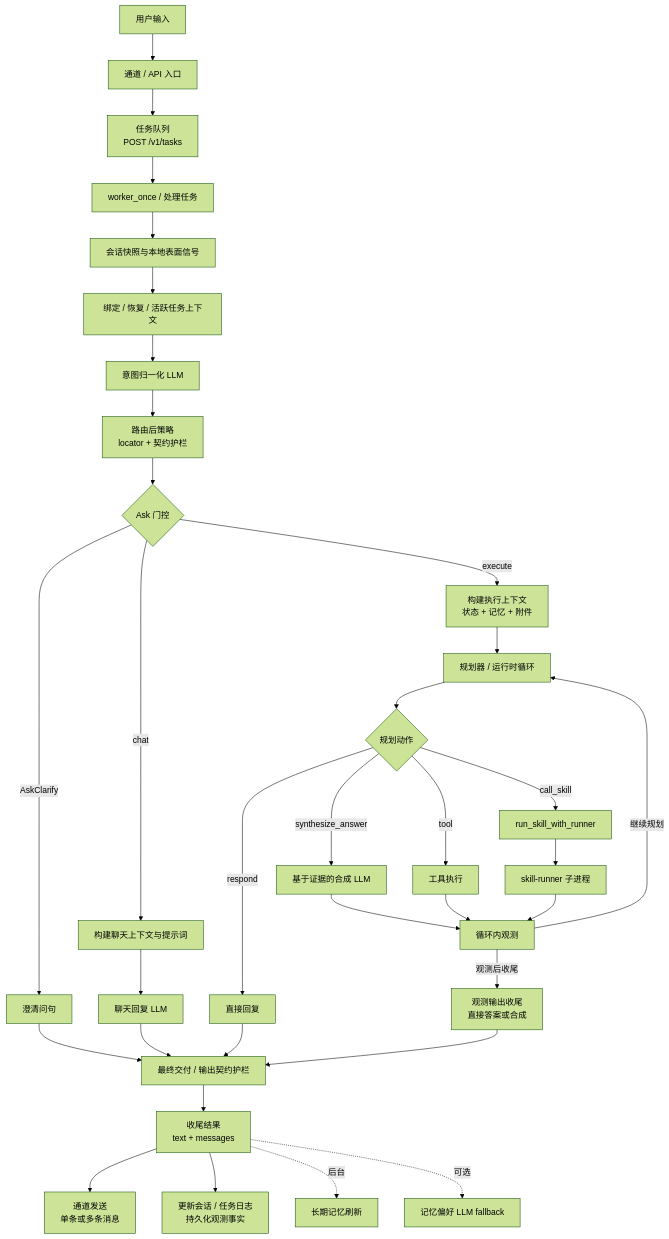
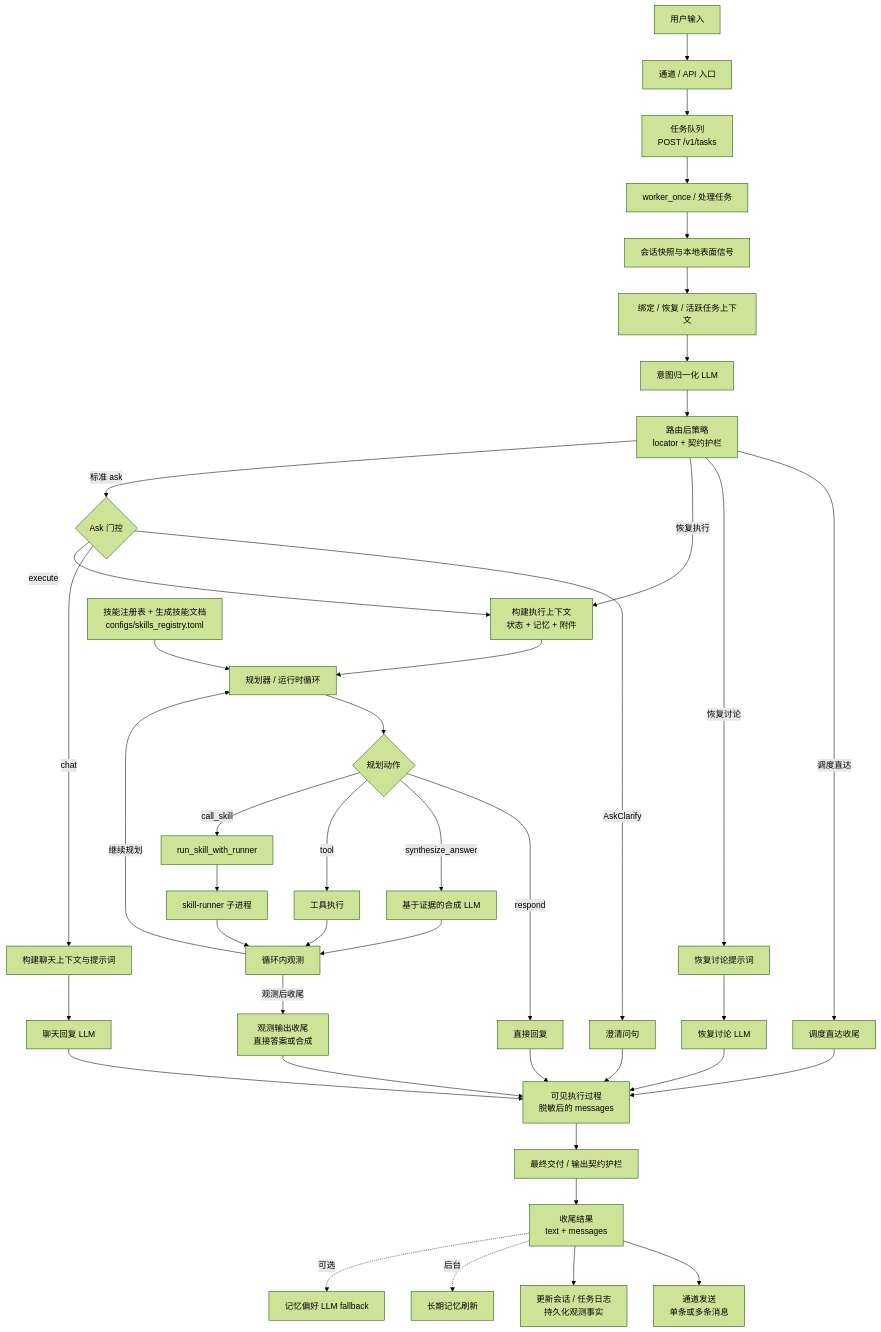
The first of 2 diagrams in README.zh-CN.md (MatrixCoreX/RustClaw), drawn with Mermaid (forest theme) before and after one commit. The commit also changed other lines of this file and 6 other files, not shown here.

````diff
--- a/README.zh-CN.md
+++ b/README.zh-CN.md
@@ -28,36 +28,44 @@
 ```mermaid
 flowchart TD
     A[用户输入] --> B[通道 / API 入口]
     B --> B1[任务队列<br/>POST /v1/tasks]
     B1 --> B2[worker_once / 处理任务]
     B2 --> C[会话快照与本地表面信号]
     C --> D[绑定 / 恢复 / 活跃任务上下文]
     D --> E[意图归一化 LLM]
     E --> E2[路由后策略<br/>locator + 契约护栏]
-    E2 --> F{Ask 门控}
+    E2 -->|调度直达| SD[调度直达收尾]
+    E2 -->|恢复讨论| RD[恢复讨论提示词]
+    E2 -->|恢复执行| H
+    E2 -->|标准 ask| F{Ask 门控}
     F -->|AskClarify| G[澄清问句]
     F -->|chat| CH[构建聊天上下文与提示词]
     CH --> CR[聊天回复 LLM]
     F -->|execute| H[构建执行上下文<br/>状态 + 记忆 + 附件]
+    SK[技能注册表 + 生成技能文档<br/>configs/skills_registry.toml] --> I
     H --> I[规划器 / 运行时循环]
     I --> L{规划动作}
     L -->|respond| M[直接回复]
     L -->|synthesize_answer| SS[基于证据的合成 LLM]
     L -->|tool| N[工具执行]
     L -->|call_skill| N1[run_skill_with_runner]
     N1 --> N2[skill-runner 子进程]
     N2 --> P
     N --> P[循环内观测]
     SS --> P
     P -->|继续规划| I
     P -->|观测后收尾| OF[观测输出收尾<br/>直接答案或合成]
-    M --> Q[最终交付 / 输出契约护栏]
-    CR --> Q
-    G --> Q
-    OF --> Q
+    M --> VP[可见执行过程<br/>脱敏后的 messages]
+    CR --> VP
+    G --> VP
+    OF --> VP
+    SD --> VP
+    RD --> RDL[恢复讨论 LLM]
+    RDL --> VP
+    VP --> Q[最终交付 / 输出契约护栏]
     Q --> R[收尾结果<br/>text + messages]
     R --> S[通道发送<br/>单条或多条消息]
     R --> T[更新会话 / 任务日志<br/>持久化观测事实]
     R -. 后台 .-> U[长期记忆刷新]
     R -. 可选 .-> V[记忆偏好 LLM fallback]
 ```
````
